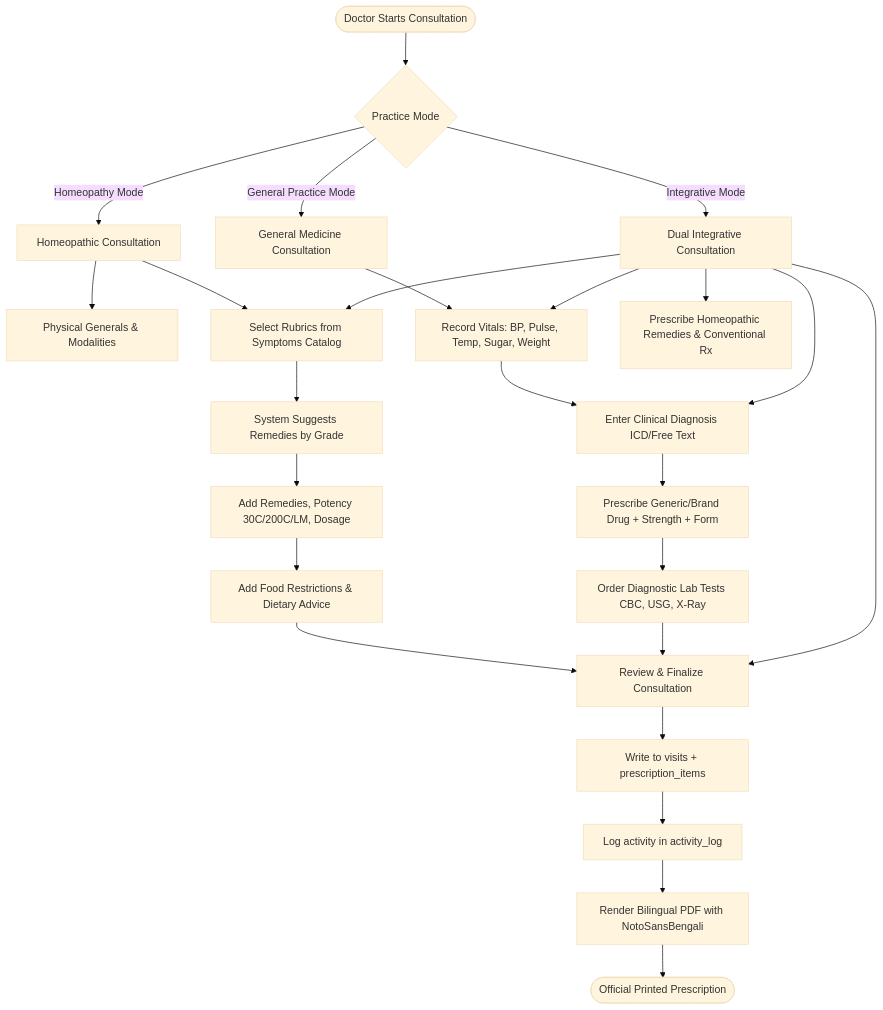
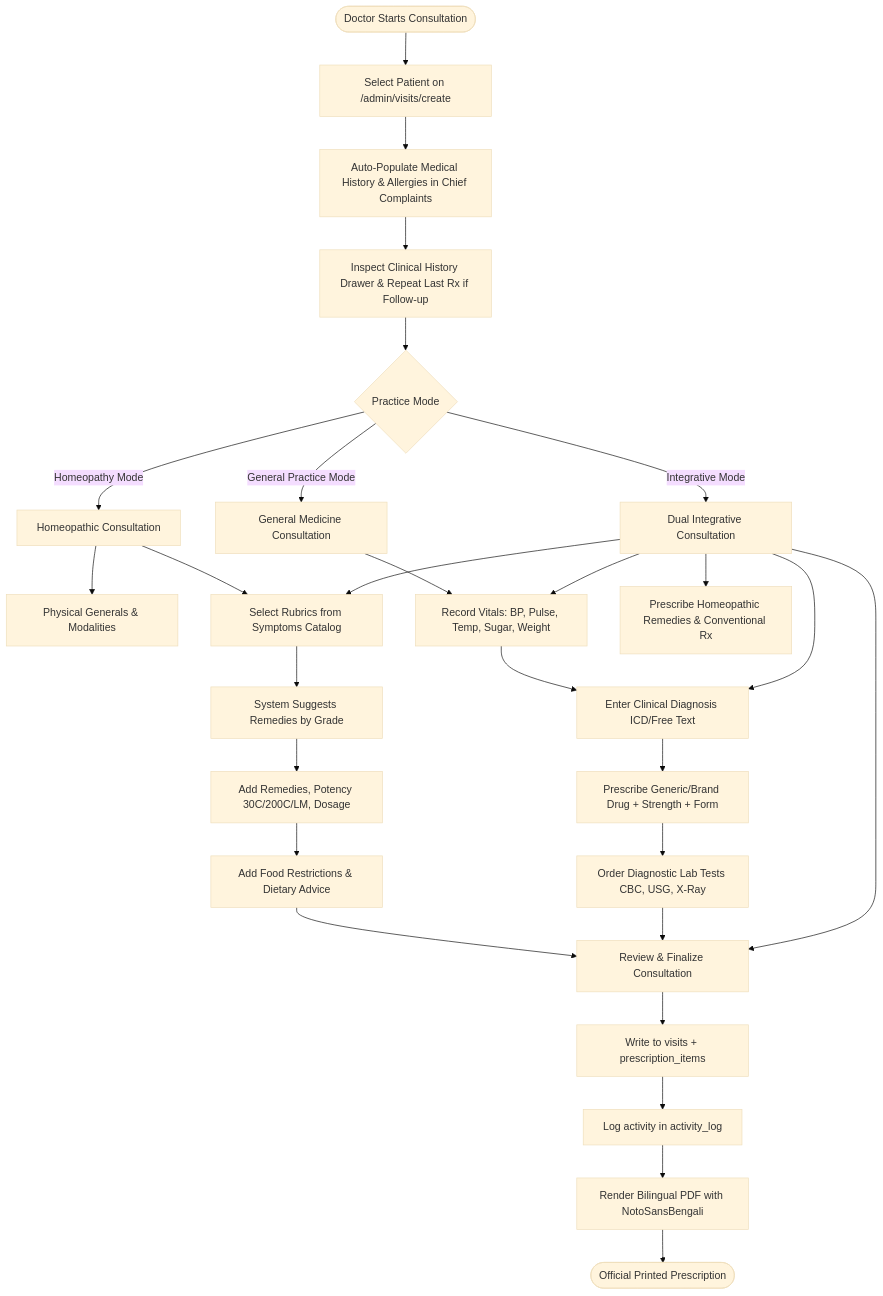
The third of 10 diagrams in 02_AppFlow.md (SH4RTH4K/Clinic-System), drawn with Mermaid (base theme) before and after one commit. The commit also changed 229 other files, not shown here.

Commit message:
feat(visits): add patient medical history auto-fill in chief complaints, clinical history drawer, repeat last prescription, and common diagnosis autocomplete

````diff
--- a/02_AppFlow.md
+++ b/02_AppFlow.md
@@ -92,35 +92,38 @@
 ```mermaid
 flowchart TD
-    StartConsult([Doctor Starts Consultation]) --> CheckMode{Practice Mode}
+    StartConsult([Doctor Starts Consultation]) --> SelectPat[Select Patient on /admin/visits/create]
+    SelectPat --> AutoHist[Auto-Populate Medical History & Allergies in Chief Complaints]
+    AutoHist --> CheckPast[Inspect Clinical History Drawer & Repeat Last Rx if Follow-up]
+    CheckPast --> CheckMode{Practice Mode}
     
     %% Homeopathy Path
     CheckMode -- Homeopathy Mode --> HomeoWorkbench[Homeopathic Consultation]
     HomeoWorkbench --> CollectGenerals[Physical Generals & Modalities]
     HomeoWorkbench --> SelectRubrics[Select Rubrics from Symptoms Catalog]
     SelectRubrics --> AutoRepertorize[System Suggests Remedies by Grade]
     AutoRepertorize --> PrescribeRemedy[Add Remedies, Potency 30C/200C/LM, Dosage]
     PrescribeRemedy --> AddDietary[Add Food Restrictions & Dietary Advice]
     AddDietary --> FinalizeCommon[Review & Finalize Consultation]
 
     %% General Practice / Allopathy Path
     CheckMode -- General Practice Mode --> AllopathWorkbench[General Medicine Consultation]
     AllopathWorkbench --> RecordVitals[Record Vitals: BP, Pulse, Temp, Sugar, Weight]
     RecordVitals --> RecordDiagnosis[Enter Clinical Diagnosis ICD/Free Text]
     RecordDiagnosis --> PrescribePharma[Prescribe Generic/Brand Drug + Strength + Form]
     PrescribePharma --> OrderLabs[Order Diagnostic Lab Tests CBC, USG, X-Ray]
     OrderLabs --> FinalizeCommon
 
     %% Integrative Path
     CheckMode -- Integrative Mode --> DualWorkbench[Dual Integrative Consultation]
     DualWorkbench --> RecordVitals
     DualWorkbench --> SelectRubrics
     DualWorkbench --> RecordDiagnosis
     DualWorkbench --> PrescribeCombined[Prescribe Homeopathic Remedies & Conventional Rx]
     DualWorkbench --> FinalizeCommon
 
     %% Finalization
     FinalizeCommon --> LockRecord[Write to visits + prescription_items]
     LockRecord --> AuditTrail[Log activity in activity_log]
     AuditTrail --> PDFGen[Render Bilingual PDF with NotoSansBengali]
     PDFGen --> PDFOutput([Official Printed Prescription])
 ```
````
